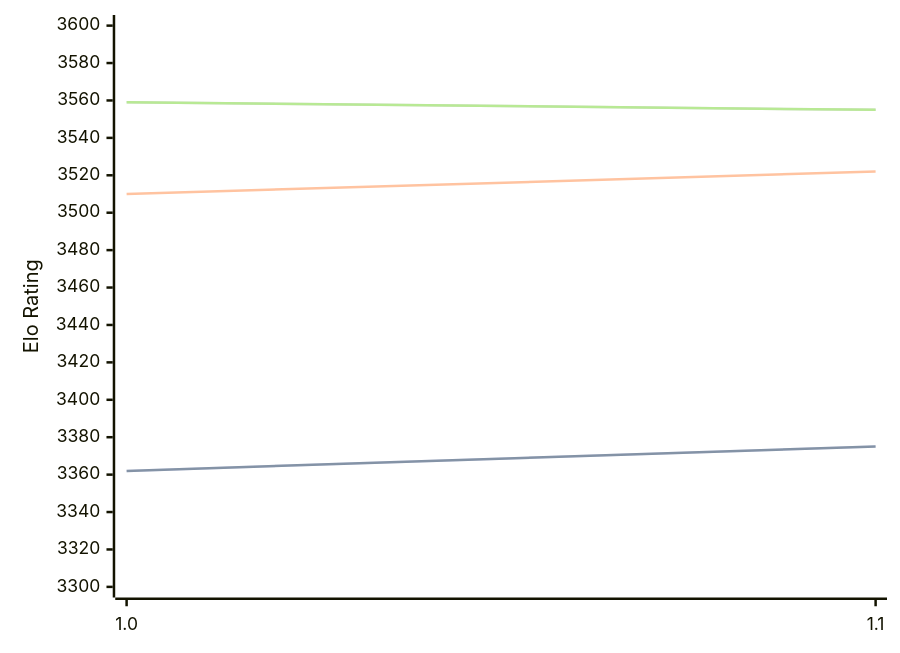
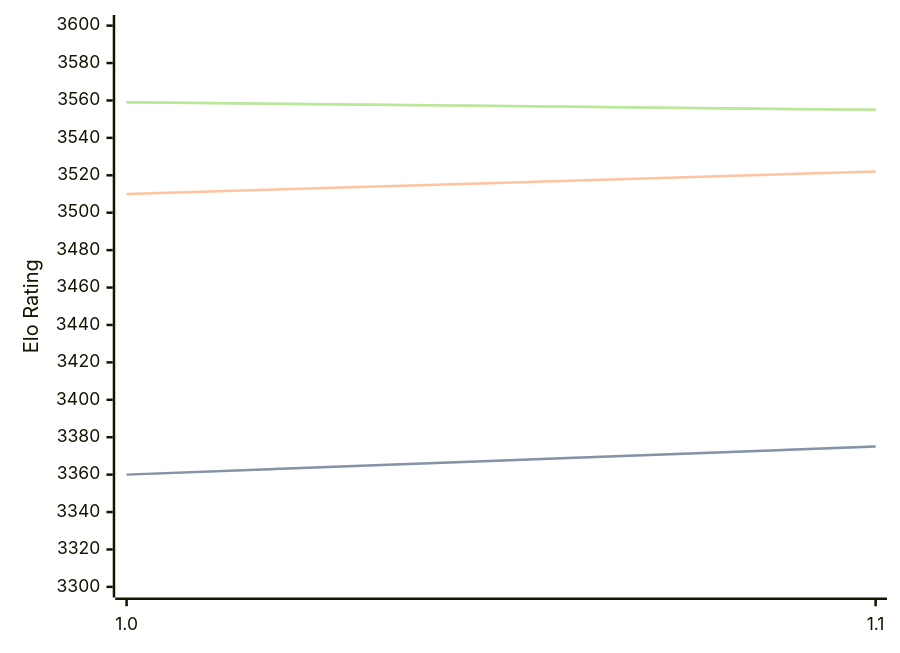
Before and after one commit to computer-chess-index/cci: the diagram in engines/Horsie.md, drawn with Mermaid. The commit also changed other lines of this file, not shown here.

````diff
--- a/engines/Horsie.md
+++ b/engines/Horsie.md
@@ -32,11 +32,11 @@
 ```mermaid
 %%{init: {"theme":"base","themeVariables":{"seriesColors:['#a3a3a3','#222221','#faa371']}}}%%
 xychart-beta
   x-axis ["1.0", "1.1"]
   y-axis "Elo Rating" 3300 --> 3600
-  line "STC (8.0+0.08s)" [3362, 3375]
-  line "STC (8.0+0.08s)" [3362, 3375]
+  line "STC (8.0+0.08s)" [3360, 3375]
+  line "STC (8.0+0.08s)" [3360, 3375]
   line "LTC (60.0+0.60s)" [3510, 3522]
   line "VLTC (2m24s+1.12s)" [3559, 3555]
   line "VLTC (2m24s+1.12s)" [3559, 3555]
 ```
````
